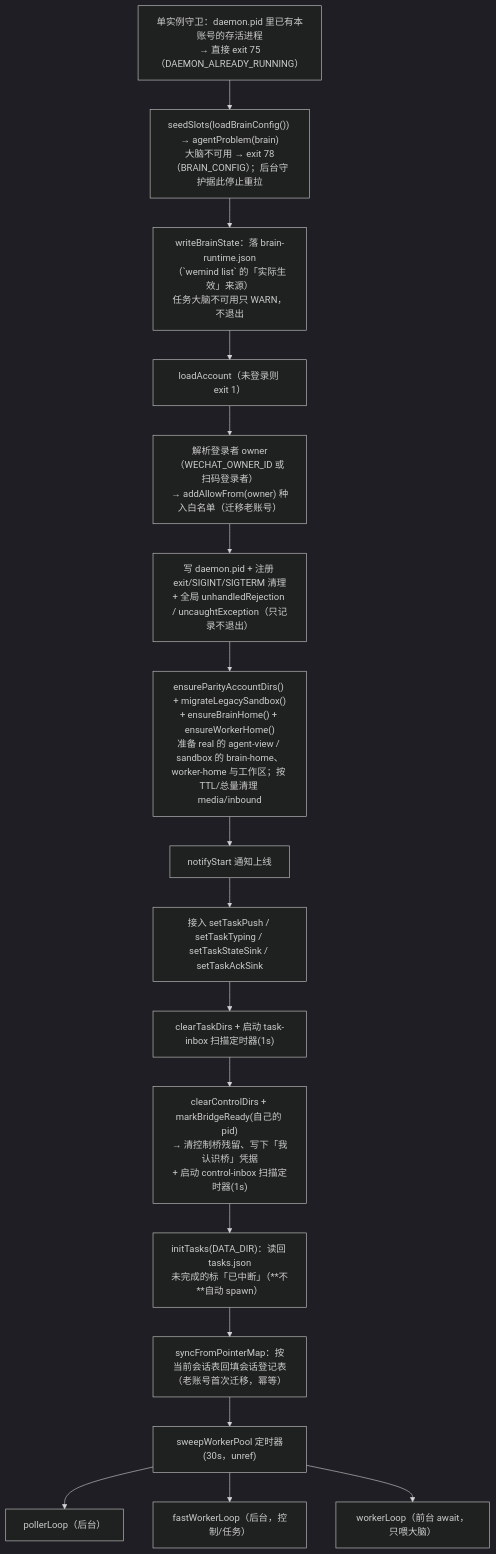
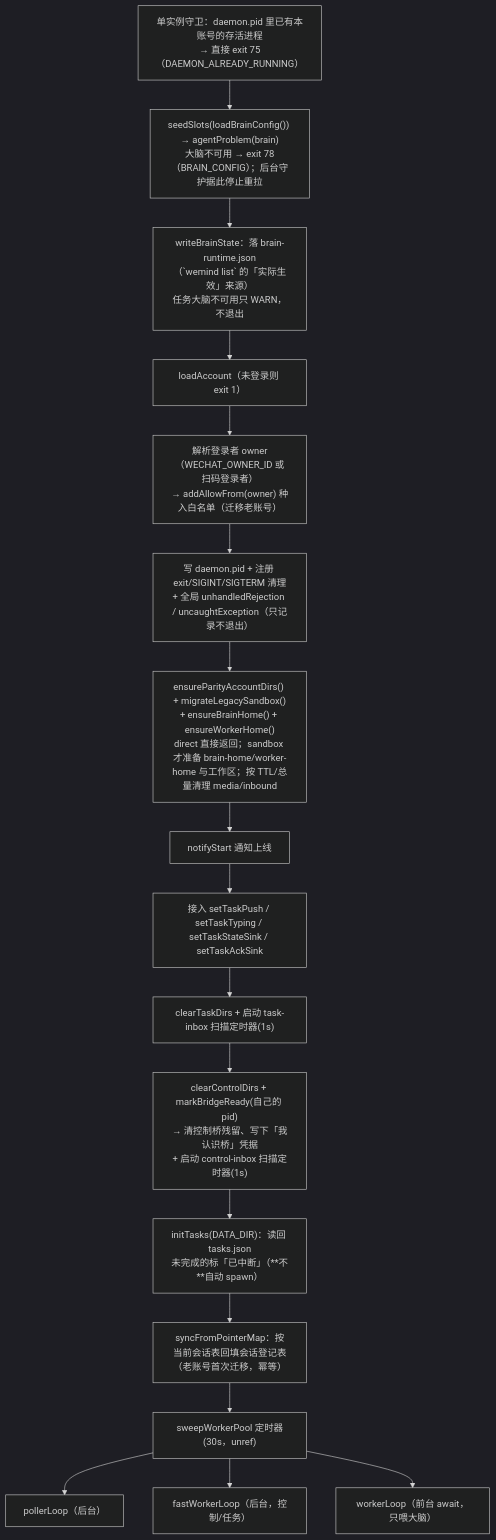
The first of 4 diagrams in docs/repowiki/05-daemon.md (imwangpan/WeMind), drawn with Mermaid (dark theme) before and after one commit. The commit also changed other lines of this file and 81 other files, not shown here.

Commit message:
refactor(agent-parity): 移除 view 模式并统一 direct/sandbox

````diff
--- a/docs/repowiki/05-daemon.md
+++ b/docs/repowiki/05-daemon.md
@@ -108,20 +107,20 @@
 ```mermaid
 graph TD
     A["单实例守卫：daemon.pid 里已有本账号的存活进程<br/>→ 直接 exit 75（DAEMON_ALREADY_RUNNING）"]
     A --> B["seedSlots(loadBrainConfig()) → agentProblem(brain)<br/>大脑不可用 → exit 78（BRAIN_CONFIG）；后台守护据此停止重拉"]
     B --> B2["writeBrainState：落 brain-runtime.json<br/>（`wemind list` 的「实际生效」来源）<br/>任务大脑不可用只 WARN，不退出"]
     B2 --> C["loadAccount（未登录则 exit 1）"]
     C --> D["解析登录者 owner（WECHAT_OWNER_ID 或扫码登录者）<br/>→ addAllowFrom(owner) 种入白名单（迁移老账号）"]
     D --> E["写 daemon.pid + 注册 exit/SIGINT/SIGTERM 清理<br/>+ 全局 unhandledRejection / uncaughtException（只记录不退出）"]
-    E --> F["ensureParityAccountDirs() + migrateLegacySandbox()<br/>+ ensureBrainHome() + ensureWorkerHome()<br/>准备 real 的 agent-view / sandbox 的 brain-home、worker-home 与工作区；按 TTL/总量清理 media/inbound"]
+    E --> F["ensureParityAccountDirs() + migrateLegacySandbox()<br/>+ ensureBrainHome() + ensureWorkerHome()<br/>direct 直接返回；sandbox 才准备 brain-home/worker-home 与工作区；按 TTL/总量清理 media/inbound"]
     F --> G["notifyStart 通知上线"]
     G --> H["接入 setTaskPush / setTaskTyping / setTaskStateSink / setTaskAckSink"]
     H --> I["clearTaskDirs + 启动 task-inbox 扫描定时器(1s)"]
     I --> J["clearControlDirs + markBridgeReady(自己的 pid)<br/>→ 清控制桥残留、写下「我认识桥」凭据<br/>+ 启动 control-inbox 扫描定时器(1s)"]
     J --> K["initTasks(DATA_DIR)：读回 tasks.json<br/>未完成的标「已中断」（**不**自动 spawn）"]
     K --> L["syncFromPointerMap：按当前会话表回填会话登记表<br/>（老账号首次迁移，幂等）"]
     L --> M["sweepWorkerPool 定时器(30s，unref)"]
     M --> N["pollerLoop（后台）"]
     M --> O["fastWorkerLoop（后台，控制/任务）"]
     M --> P["workerLoop（前台 await，只喂大脑）"]
 ```
````
